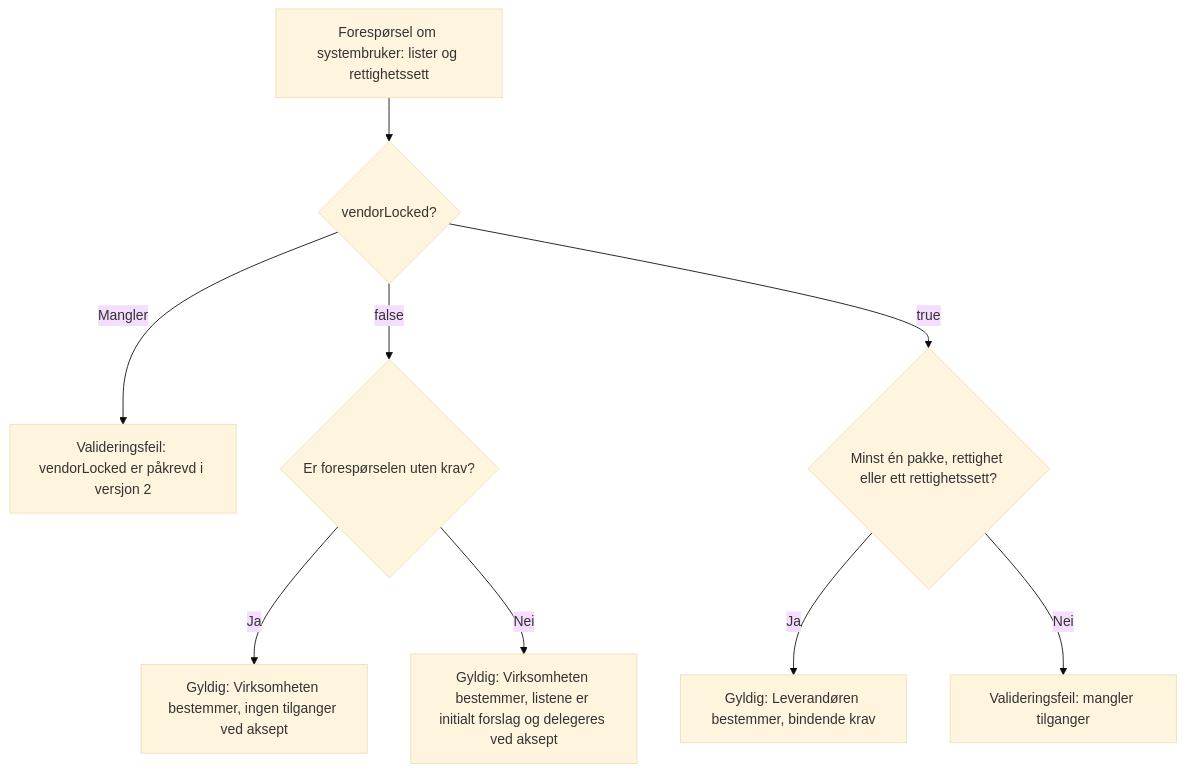
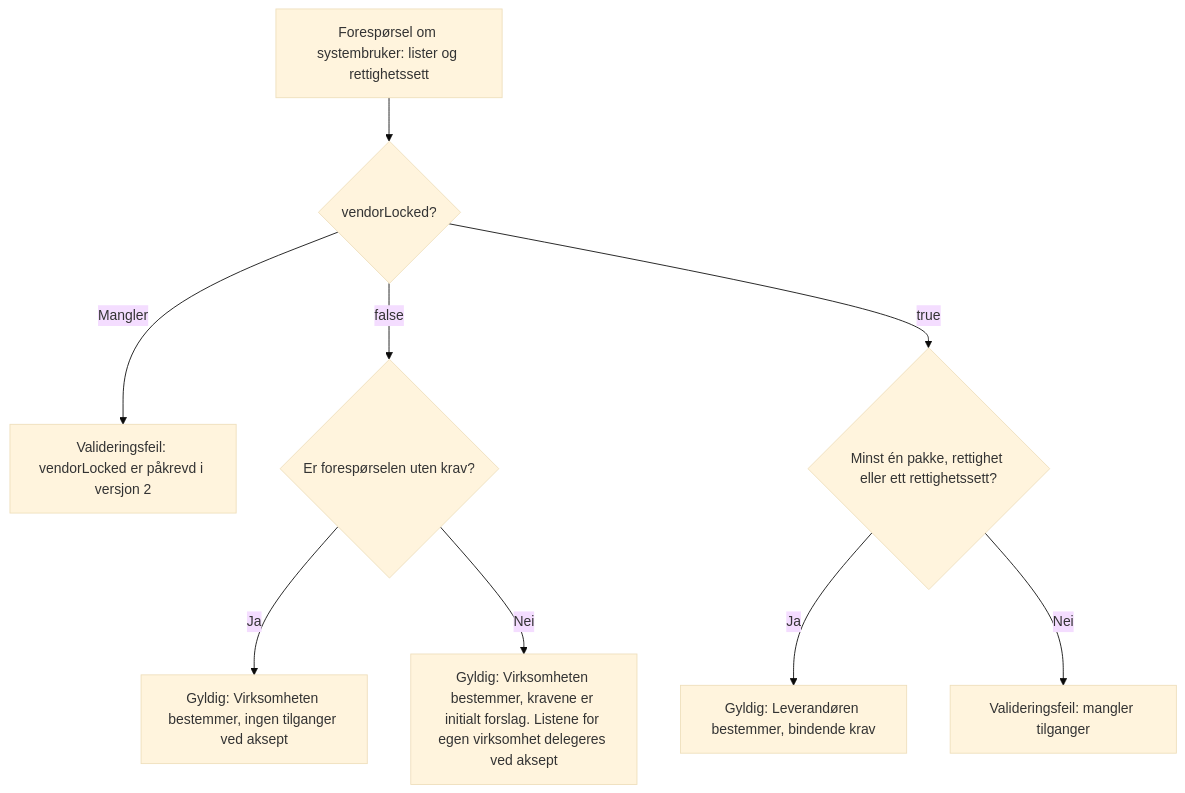
Before and after one commit to Altinn/altinn-studio-docs: the second of 6 diagrams in content/authorization/guides/system-vendor/system-user/beslutningstre.nb.md, drawn with Mermaid (base theme). The commit also changed other lines of this file and 2 other files, not shown here.

Commit message:
docs: fix CodeRabbit findings in system user vendor deck
- v2 rejection of a missing vendorLocked no longer reads as applying to v1
- client sets are updated with the rights-set endpoint, not change requests
- the "no set fulfilled" rule applies only when the vendor decides
- "tomme lister" instead of "uten lister", since omitted lists are undecided
- an alternative includes individual services, and Legg til alle gives
  the system user the access, not the client
- R20: only what the client has given of the proposal is pre-checked
- decision docs: revision date, and own-business vs client delegation

```diff
--- a/content/authorization/guides/system-vendor/system-user/beslutningstre.nb.md
+++ b/content/authorization/guides/system-vendor/system-user/beslutningstre.nb.md
@@ -41,11 +41,11 @@
 {{< mermaid >}}
 graph TD
   REQUEST["Forespørsel om systembruker: lister og rettighetssett"] --> FLAG{"vendorLocked?"}
   FLAG -->|Mangler| ERROR1["Valideringsfeil: vendorLocked er påkrevd i versjon 2"]
   FLAG -->|false| EMPTY{"Er forespørselen uten krav?"}
   EMPTY -->|Ja| FREE["Gyldig: Virksomheten bestemmer, ingen tilganger ved aksept"]
-  EMPTY -->|Nei| PROPOSAL["Gyldig: Virksomheten bestemmer, listene er initialt forslag og delegeres ved aksept"]
+  EMPTY -->|Nei| PROPOSAL["Gyldig: Virksomheten bestemmer, kravene er initialt forslag. Listene for egen virksomhet delegeres ved aksept"]
   FLAG -->|true| CONTENT{"Minst én pakke, rettighet eller ett rettighetssett?"}
   CONTENT -->|Ja| PRESET["Gyldig: Leverandøren bestemmer, bindende krav"]
   CONTENT -->|Nei| ERROR2["Valideringsfeil: mangler tilganger"]
 {{< /mermaid >}}
```
